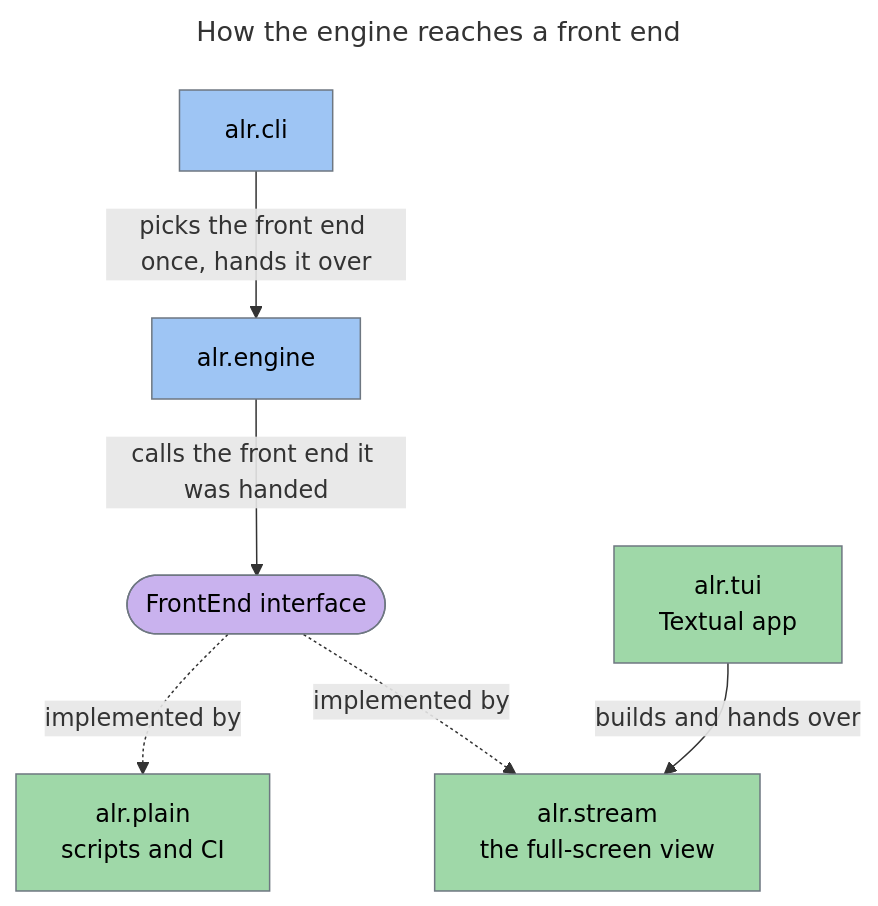
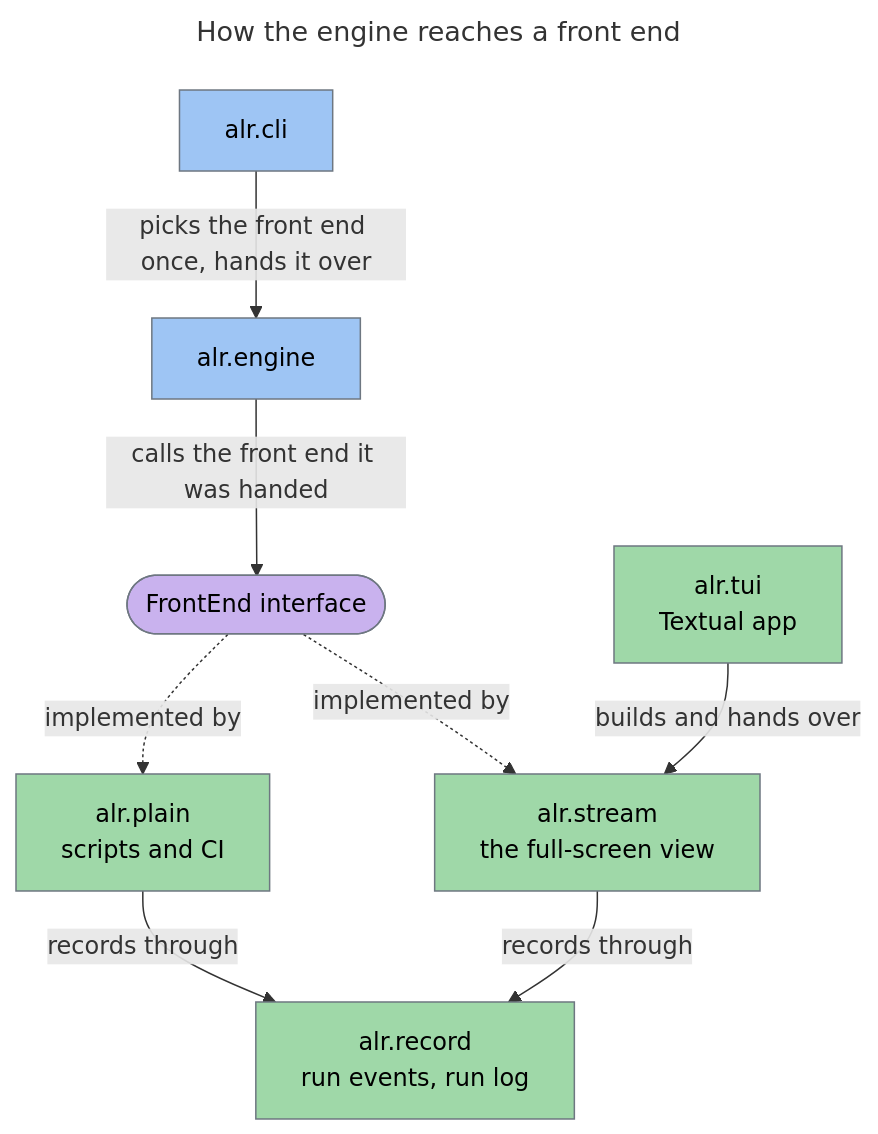
One commit to twistingmercury/agentic_loop_runner changed the second of 5 diagrams in docs/design/03_system_architecture.md. Above: the diagram before and after it, drawn with Mermaid. The commit also changed other lines of this file and 4 other files, not shown here.

Commit message:
Record plain-mode logging in the design docs

````diff
--- a/docs/design/03_system_architecture.md
+++ b/docs/design/03_system_architecture.md
@@ -59,21 +65,24 @@
 ```mermaid
 ---
 title: How the engine reaches a front end
 ---
 flowchart TD
     cli["alr.cli"]:::blue
     engine["alr.engine"]:::blue
     iface(["FrontEnd interface"]):::purple
     plain["alr.plain<br/>scripts and CI"]:::green
     stream["alr.stream<br/>the full-screen view"]:::green
     tui["alr.tui<br/>Textual app"]:::green
+    record["alr.record<br/>run events, run log"]:::green
     cli -->|" picks the front end once, hands it over "| engine
     engine -->|" calls the front end it was handed "| iface
     iface -.->|implemented by| plain
     iface -.->|implemented by| stream
     tui -->|" builds and hands over "| stream
+    plain -->|records through| record
+    stream -->|records through| record
     classDef blue fill: #9ec5f4, stroke: #6e7781, color: #000000
     classDef green fill: #9fd8a8, stroke: #6e7781, color: #000000
     classDef purple fill: #c9b2ee, stroke: #6e7781, color: #000000
     classDef gray fill: #c4cbd3, stroke: #6e7781, color: #000000
 ```
````
